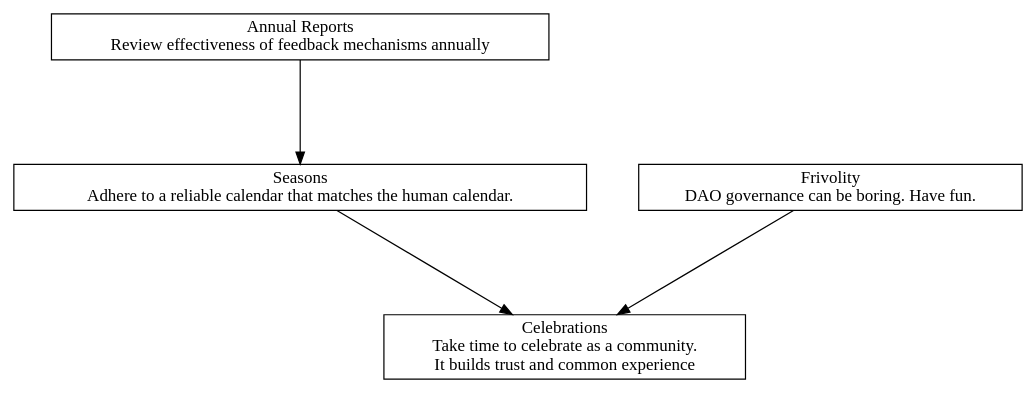
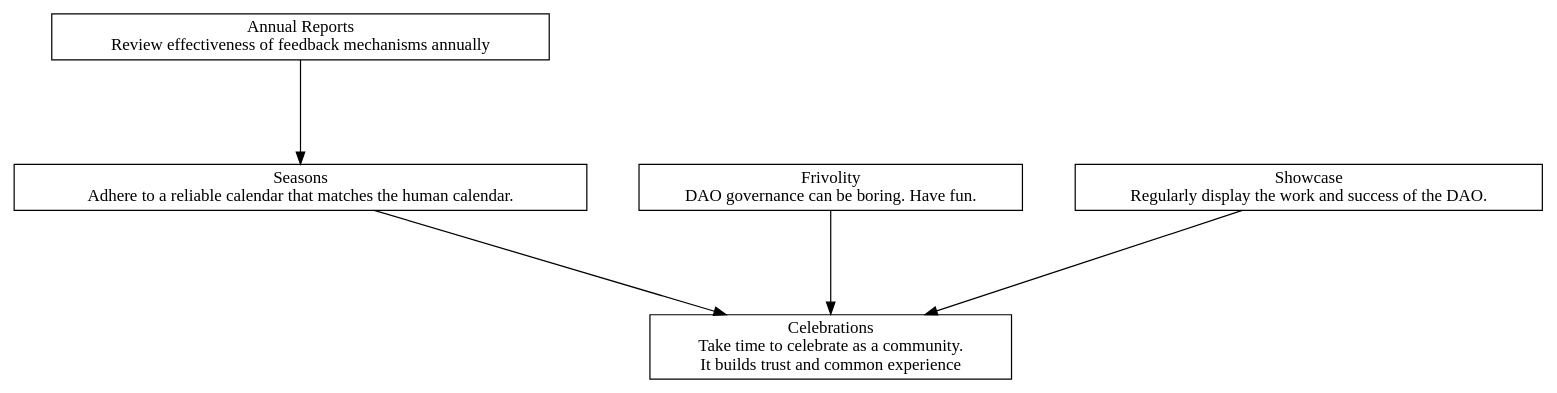
The diagram in content/patterns/output/celebrations_all_predecessors_graph.dot (icdevsorg/icdevs_dao_lang), drawn with Graphviz before and after one commit. The commit also changed 17 other files, not shown here.

```diff
--- a/content/patterns/output/celebrations_all_predecessors_graph.dot
+++ b/content/patterns/output/celebrations_all_predecessors_graph.dot
@@ -1,16 +1,18 @@
 digraph "" {
 	graph [nodesep=0.6,
 		rankdir=TB,
 		ranksep=1.2
 	];
 	node [label="\N",
 		shape=box
 	];
 	Celebrations	[label="Celebrations\nTake time to celebrate as a community.\n It builds trust and common experience"];
 	Seasons	[label="Seasons\nAdhere to a reliable calendar that matches the human calendar.\n"];
 	Seasons -> Celebrations;
 	Frivolity	[label="Frivolity\nDAO governance can be boring. Have fun.\n"];
 	Frivolity -> Celebrations;
+	Showcase	[label="Showcase\nRegularly display the work and success of the DAO.\n"];
+	Showcase -> Celebrations;
 	"Annual Reports"	[label="Annual Reports\nReview effectiveness of feedback mechanisms annually"];
 	"Annual Reports" -> Seasons;
 }
```
